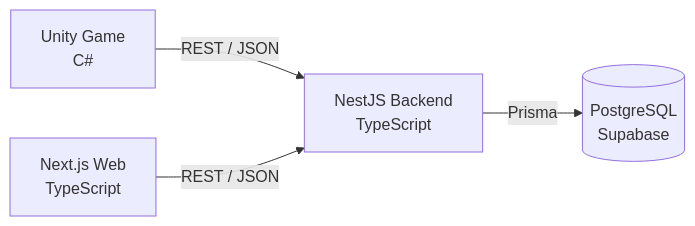
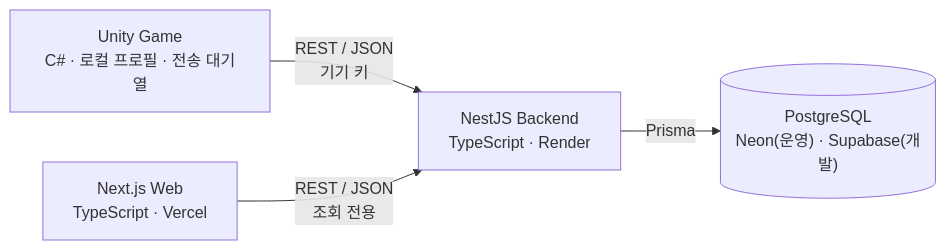
The diagram in README.md (yeonguk0201/Trickal_FanGame), drawn with Mermaid before and after one commit. The commit also changed other lines of this file, not shown here.

First line of the commit message:
docs(readme): beta deployment, offline play and current game scope

````diff
--- a/README.md
+++ b/README.md
@@ -17,6 +19,6 @@
 ```mermaid
 flowchart LR
-    Game["Unity Game<br/>C#"] -->|"REST / JSON"| API["NestJS Backend<br/>TypeScript"]
-    Web["Next.js Web<br/>TypeScript"] -->|"REST / JSON"| API
-    API -->|Prisma| DB[("PostgreSQL<br/>Supabase")]
+    Game["Unity Game<br/>C# · 로컬 프로필 · 전송 대기열"] -->|"REST / JSON<br/>기기 키"| API["NestJS Backend<br/>TypeScript · Render"]
+    Web["Next.js Web<br/>TypeScript · Vercel"] -->|"REST / JSON<br/>조회 전용"| API
+    API -->|Prisma| DB[("PostgreSQL<br/>Neon(운영) · Supabase(개발)")]
 ```
````
